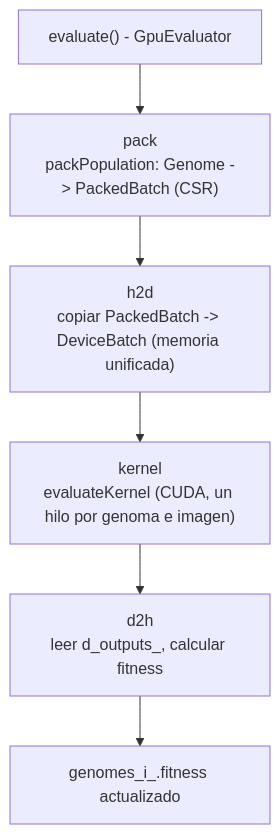
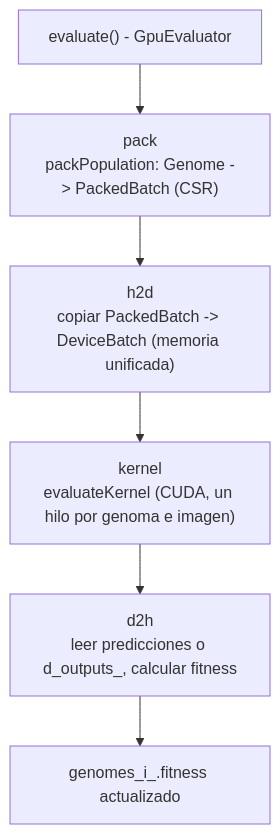
Before and after one commit to 3273B4N/ProyectoFinalHeterogeneos: the third of 4 diagrams in neuroevo/docs/ARQUITECTURA.md, drawn with Mermaid. The commit also changed other lines of this file and 6 other files, not shown here.

````diff
--- a/neuroevo/docs/ARQUITECTURA.md
+++ b/neuroevo/docs/ARQUITECTURA.md
@@ -96,8 +97,8 @@
 ```mermaid
 flowchart TD
     A["evaluate() - GpuEvaluator"] --> B["pack<br/>packPopulation: Genome -&gt; PackedBatch (CSR)"]
     B --> C["h2d<br/>copiar PackedBatch -&gt; DeviceBatch (memoria unificada)"]
     C --> D["kernel<br/>evaluateKernel (CUDA, un hilo por genoma e imagen)"]
-    D --> E["d2h<br/>leer d_outputs_, calcular fitness"]
+    D --> E["d2h<br/>leer predicciones o d_outputs_, calcular fitness"]
     E --> F[genomes_i_.fitness actualizado]
 ```
````
